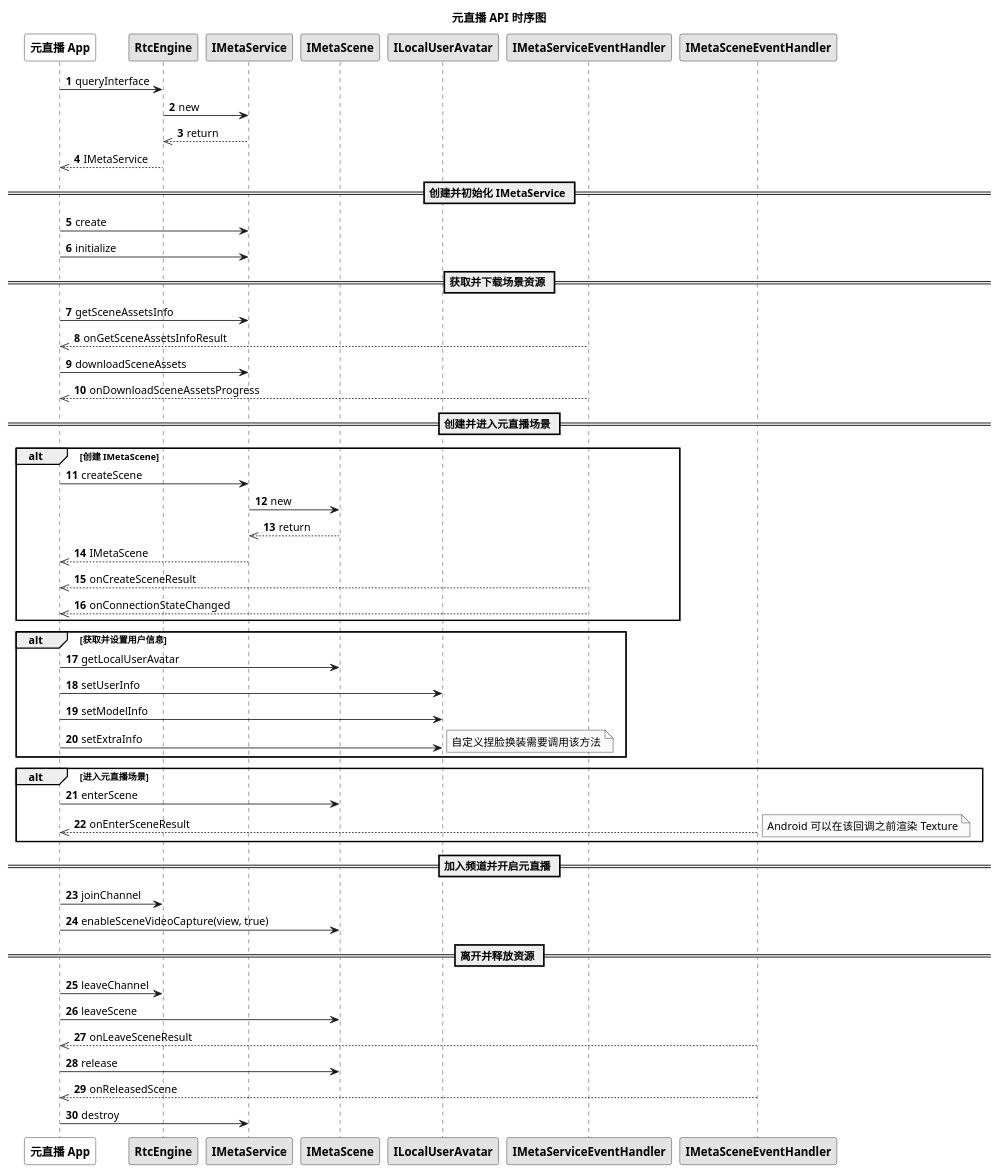
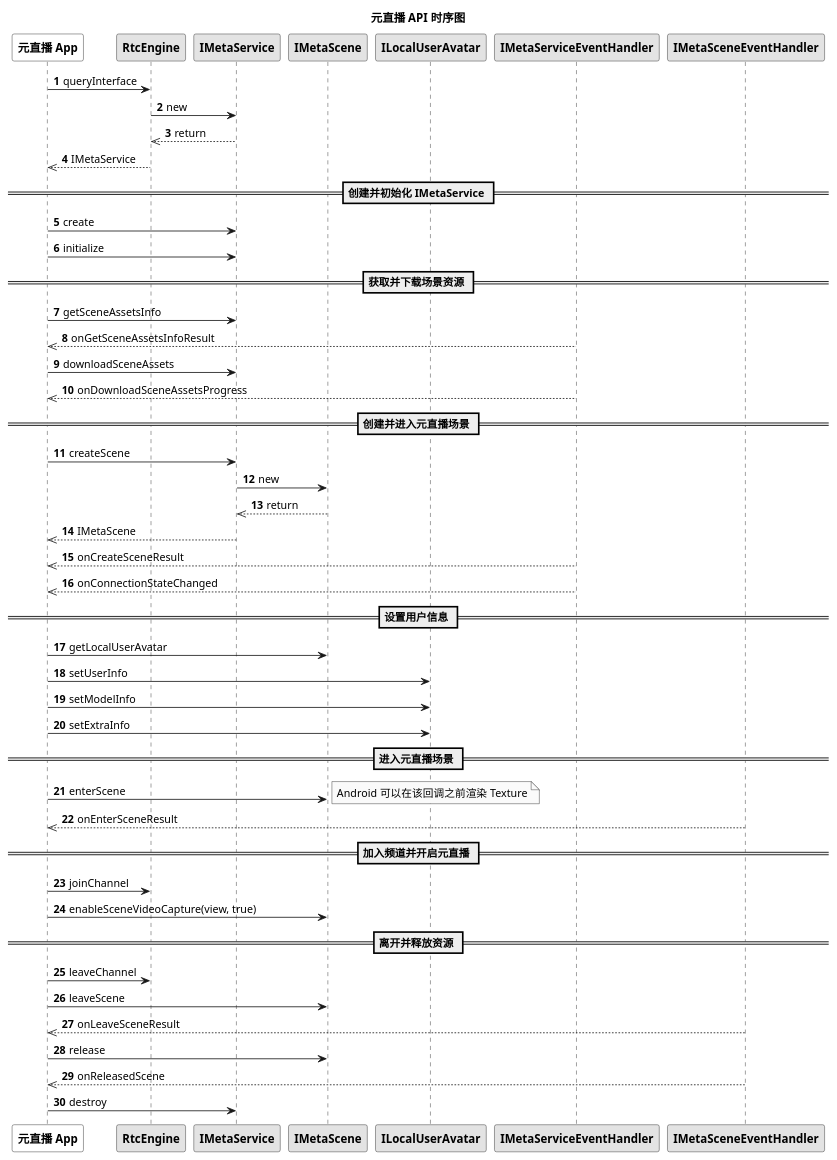
The diagram in markdown/metaworld/pic/android_ml_api.wsd (AgoraIO/agora_doc_source), drawn with PlantUML before and after one commit. The commit also changed 3 other files, not shown here.

```diff
--- a/markdown/metaworld/pic/android_ml_api.wsd
+++ b/markdown/metaworld/pic/android_ml_api.wsd
@@ -1,61 +1,54 @@
 @startuml
 autonumber
 skinparam monochrome true
 
 title 元直播 API 时序图
 participant "<b>元直播 App</b>" as app #White
 participant "<b>RtcEngine</b>" as rtc
 participant "<b>IMetaService</b>" as service
 participant "<b>IMetaScene</b>" as scene
 participant "<b>ILocalUserAvatar</b>" as avatar
 participant "<b>IMetaServiceEventHandler</b>" as serviceevent
 participant "<b>IMetaSceneEventHandler</b>" as sceneevent
 
 app -> rtc: queryInterface
 rtc -> service: new
 service -->> rtc: return
 rtc -->> app: IMetaService
 == 创建并初始化 IMetaService ==
 app -> service: create
 app -> service: initialize
 == 获取并下载场景资源 ==
 app -> service: getSceneAssetsInfo
 serviceevent -->> app: onGetSceneAssetsInfoResult
 app -> service: downloadSceneAssets
 serviceevent -->> app: onDownloadSceneAssetsProgress
 == 创建并进入元直播场景 ==
-alt 创建 IMetaScene
 app -> service: createScene
 service -> scene: new
 scene -->> service: return
 service -->> app: IMetaScene
 serviceevent -->> app: onCreateSceneResult
 serviceevent -->> app: onConnectionStateChanged
-end
-alt 获取并设置用户信息
+== 设置用户信息 ==
 app -> scene: getLocalUserAvatar
 app -> avatar: setUserInfo
 app -> avatar: setModelInfo
 app -> avatar: setExtraInfo
-note right
-自定义捏脸换装需要调用该方法
-end note
-end
-alt 进入元直播场景
+== 进入元直播场景 ==
 app -> scene: enterScene
-sceneevent -->> app: onEnterSceneResult
 note right
 Android 可以在该回调之前渲染 Texture
 end note
-end
+sceneevent -->> app: onEnterSceneResult
 == 加入频道并开启元直播 ==
 app -> rtc: joinChannel
 app -> scene: enableSceneVideoCapture(view, true)
 == 离开并释放资源 ==
 app -> rtc: leaveChannel
 app -> scene: leaveScene
 sceneevent -->> app: onLeaveSceneResult
 app -> scene: release
 sceneevent -->> app: onReleasedScene
 app -> service: destroy
 @enduml
```
